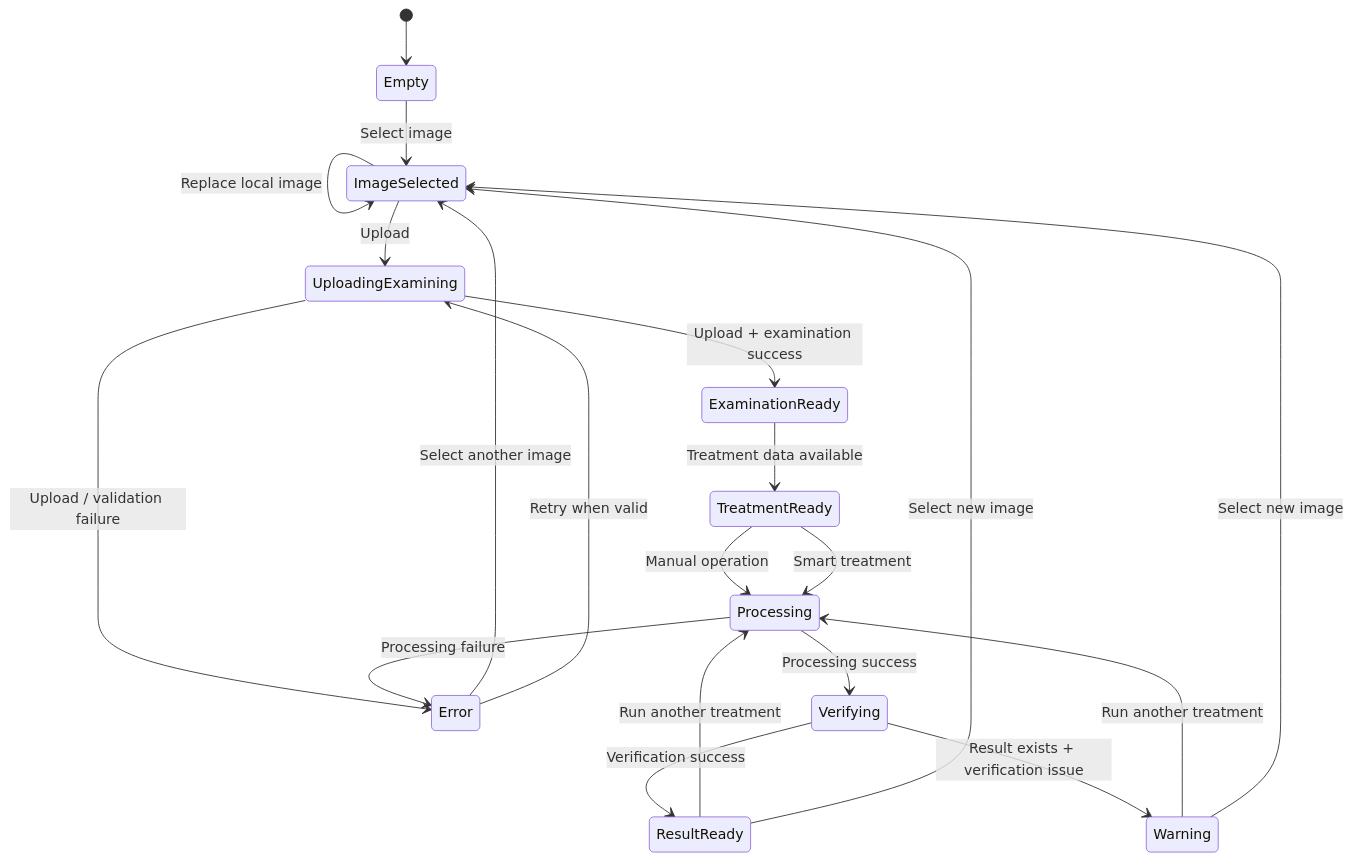
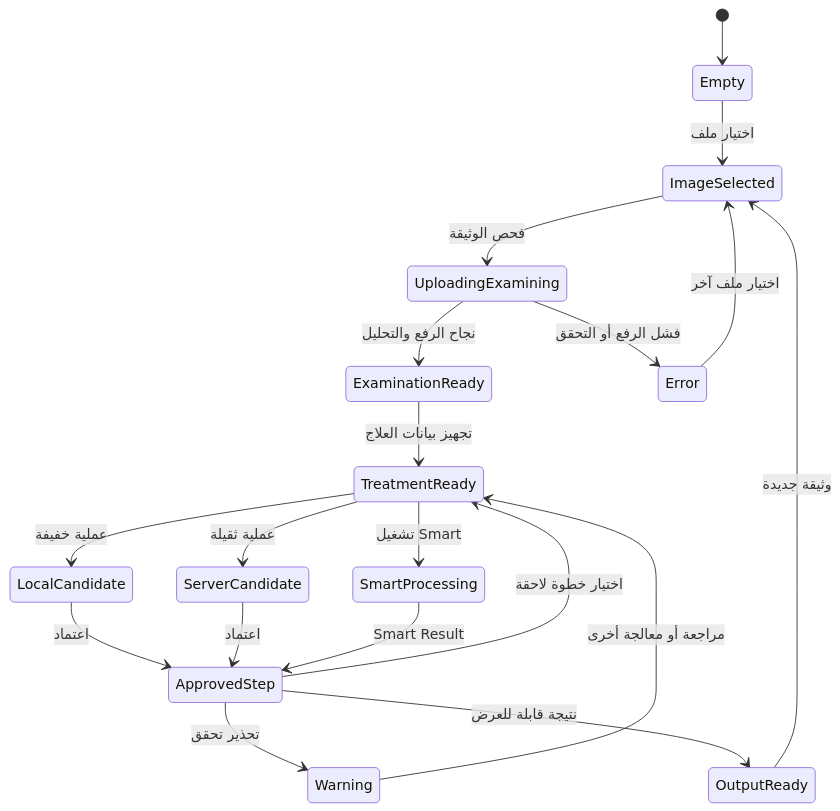
The first of 10 diagrams in docs/ui-states.md (Alhareith/manuscript-doctor), drawn with Mermaid before and after one commit. The commit also changed other lines of this file and 168 other files, not shown here.

````diff
--- a/docs/ui-states.md
+++ b/docs/ui-states.md
@@ -1171,33 +13,21 @@
 ```mermaid
 stateDiagram-v2
-
     [*] --> Empty
-
-    Empty --> ImageSelected: Select image
-
-    ImageSelected --> ImageSelected: Replace local image
-    ImageSelected --> UploadingExamining: Upload
-
-    UploadingExamining --> ExaminationReady: Upload + examination success
-    UploadingExamining --> Error: Upload / validation failure
-
-    ExaminationReady --> TreatmentReady: Treatment data available
-
-    TreatmentReady --> Processing: Manual operation
-    TreatmentReady --> Processing: Smart treatment
-
-    Processing --> Verifying: Processing success
-    Processing --> Error: Processing failure
-
-    Verifying --> ResultReady: Verification success
-    Verifying --> Warning: Result exists + verification issue
-
-    ResultReady --> Processing: Run another treatment
-    Warning --> Processing: Run another treatment
-
-    ResultReady --> ImageSelected: Select new image
-    Warning --> ImageSelected: Select new image
-
-    Error --> ImageSelected: Select another image
-    Error --> UploadingExamining: Retry when valid
+    Empty --> ImageSelected: اختيار ملف
+    ImageSelected --> UploadingExamining: فحص الوثيقة
+    UploadingExamining --> ExaminationReady: نجاح الرفع والتحليل
+    UploadingExamining --> Error: فشل الرفع أو التحقق
+    ExaminationReady --> TreatmentReady: تجهيز بيانات العلاج
+    TreatmentReady --> LocalCandidate: عملية خفيفة
+    TreatmentReady --> ServerCandidate: عملية ثقيلة
+    LocalCandidate --> ApprovedStep: اعتماد
+    ServerCandidate --> ApprovedStep: اعتماد
+    TreatmentReady --> SmartProcessing: تشغيل Smart
+    SmartProcessing --> ApprovedStep: Smart Result
+    ApprovedStep --> TreatmentReady: اختيار خطوة لاحقة
+    ApprovedStep --> Warning: تحذير تحقق
+    ApprovedStep --> OutputReady: نتيجة قابلة للعرض
+    Warning --> TreatmentReady: مراجعة أو معالجة أخرى
+    OutputReady --> ImageSelected: وثيقة جديدة
+    Error --> ImageSelected: اختيار ملف آخر
 ```
````
